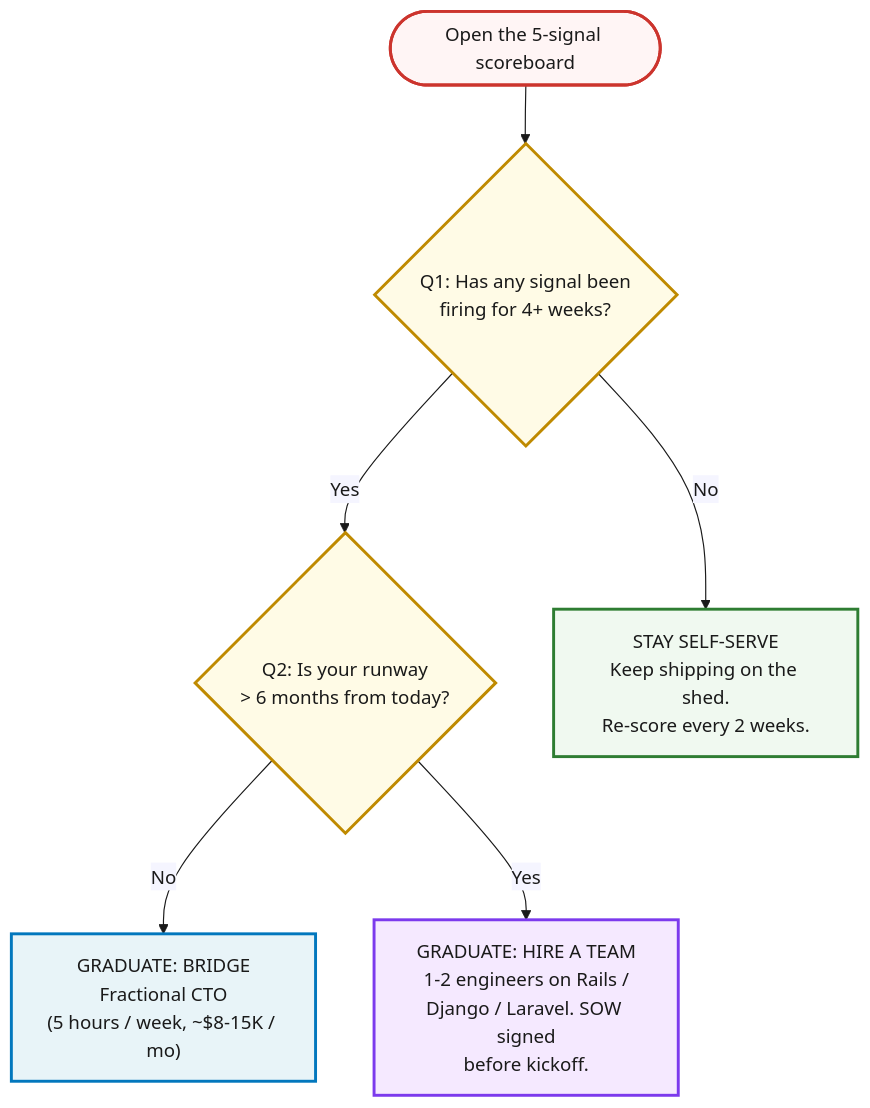
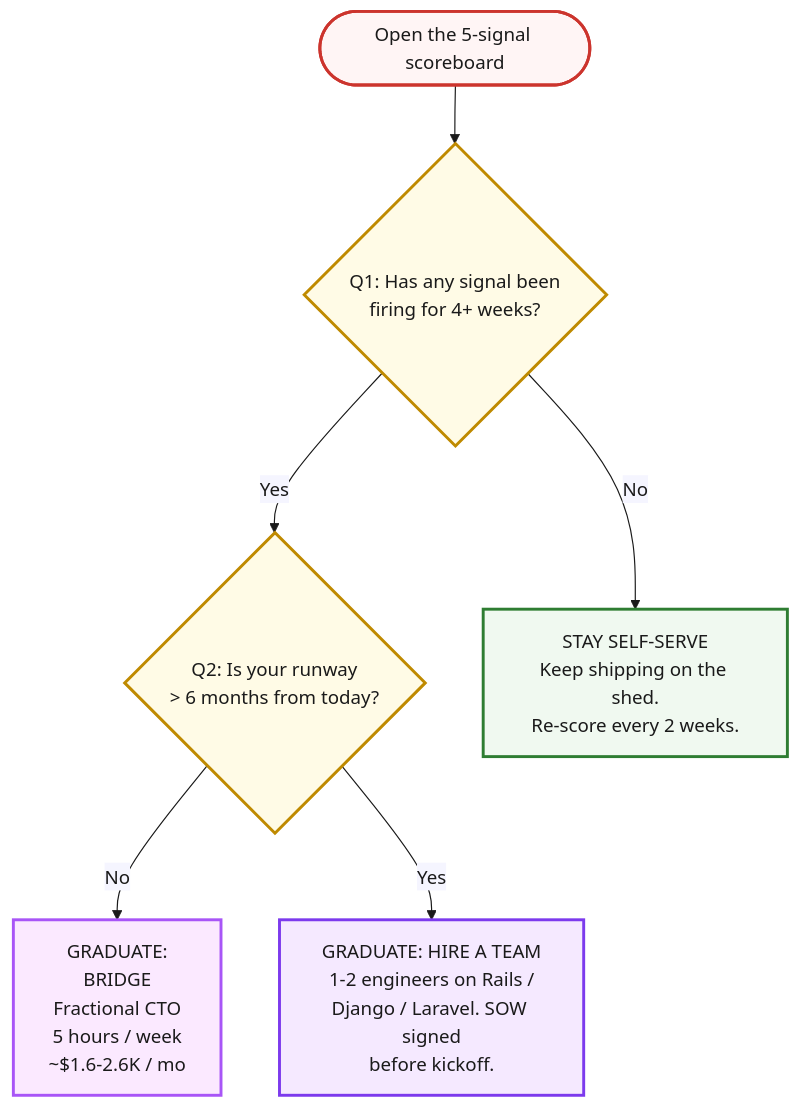
Before and after one commit to jetthoughts/jetthoughts.github.io: the diagram in content/course/tech-for-non-technical-founders-2026/vibe-coding-ceiling-signals/index.md, drawn with Mermaid. The commit also changed other lines of this file and 183 other files, not shown here.

````diff
--- a/content/course/tech-for-non-technical-founders-2026/vibe-coding-ceiling-signals/index.md
+++ b/content/course/tech-for-non-technical-founders-2026/vibe-coding-ceiling-signals/index.md
@@ -179,27 +71,27 @@
 ```mermaid
-%%{init: {'theme':'base', 'themeVariables': {'fontFamily':'Caveat, Patrick Hand, cursive', 'primaryColor':'#fff5f5', 'primaryBorderColor':'#cc342d', 'lineColor':'#1a1a1a', 'primaryTextColor':'#1a1a1a'}}}%%
+%%{init: {'theme':'base', 'themeVariables': {'fontFamily':'Caveat, Patrick Hand, Comic Sans MS, cursive', 'primaryColor':'#fff5f5', 'primaryBorderColor':'#cc342d', 'lineColor':'#1a1a1a', 'primaryTextColor':'#1a1a1a'}}}%%
 flowchart TD
     Start(["Open the 5-signal scoreboard"])
     Q1{"Q1: Has any signal been<br/>firing for 4+ weeks?"}
     Q2{"Q2: Is your runway<br/>&gt; 6 months from today?"}
     Stay["STAY SELF-SERVE<br/>Keep shipping on the shed.<br/>Re-score every 2 weeks."]
-    Bridge["GRADUATE: BRIDGE<br/>Fractional CTO<br/>(5 hours / week, ~$8-15K / mo)"]
+    Bridge["GRADUATE:<br/>BRIDGE<br/>Fractional CTO<br/>5 hours / week<br/>~$1.6-2.6K / mo"]
     Hire["GRADUATE: HIRE A TEAM<br/>1-2 engineers on Rails /<br/>Django / Laravel. SOW signed<br/>before kickoff."]
 
     Start --> Q1
     Q1 -- "No" --> Stay
     Q1 -- "Yes" --> Q2
     Q2 -- "No" --> Bridge
     Q2 -- "Yes" --> Hire
 
     classDef q fill:#fffbe6,stroke:#bf8a00,stroke-width:2.5px,color:#1a1a1a
     classDef stay fill:#f0f9f0,stroke:#2e7d32,stroke-width:2.5px,color:#1a1a1a
-    classDef bridge fill:#e8f4f8,stroke:#0277bd,stroke-width:2.5px,color:#1a1a1a
+    classDef bridge fill:#fbe9ff,stroke:#a855f7,stroke-width:2.5px,color:#1a1a1a
     classDef hire fill:#f5e9ff,stroke:#7c3aed,stroke-width:2.5px,color:#1a1a1a
     classDef start fill:#fff5f5,stroke:#cc342d,stroke-width:2.5px,color:#1a1a1a
     class Start start
     class Q1,Q2 q
     class Stay stay
     class Bridge bridge
     class Hire hire
 ```
````
